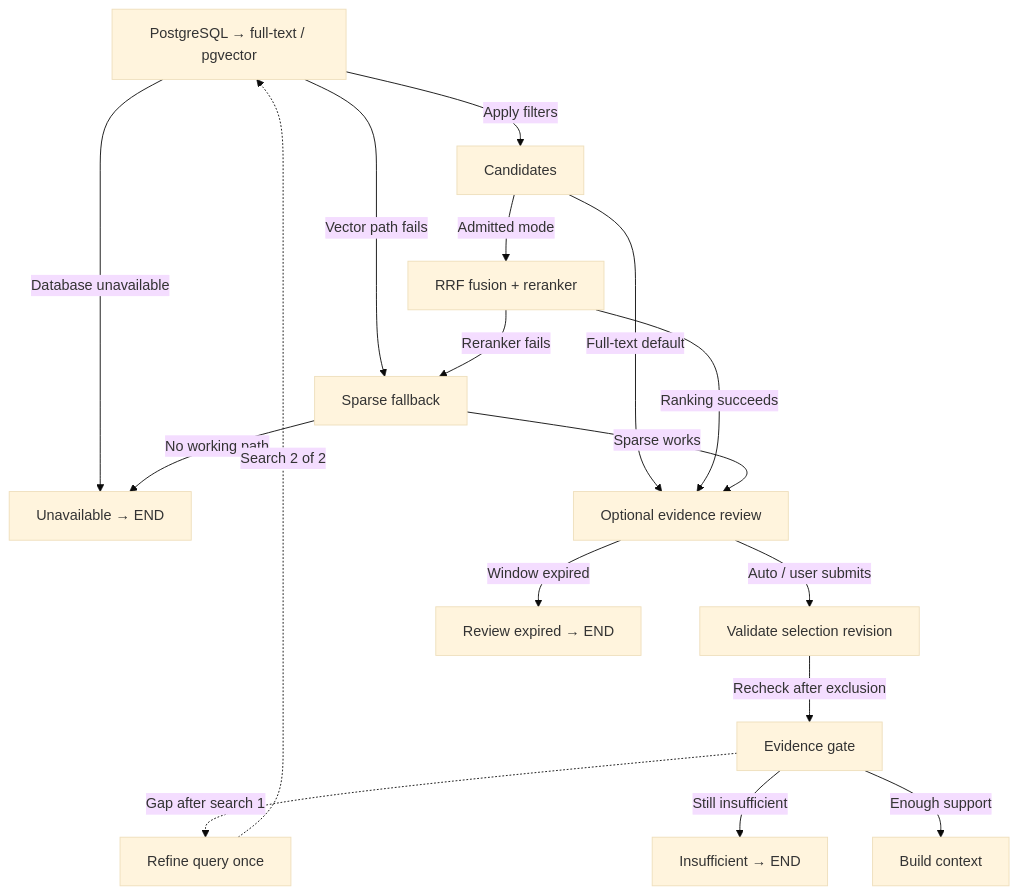
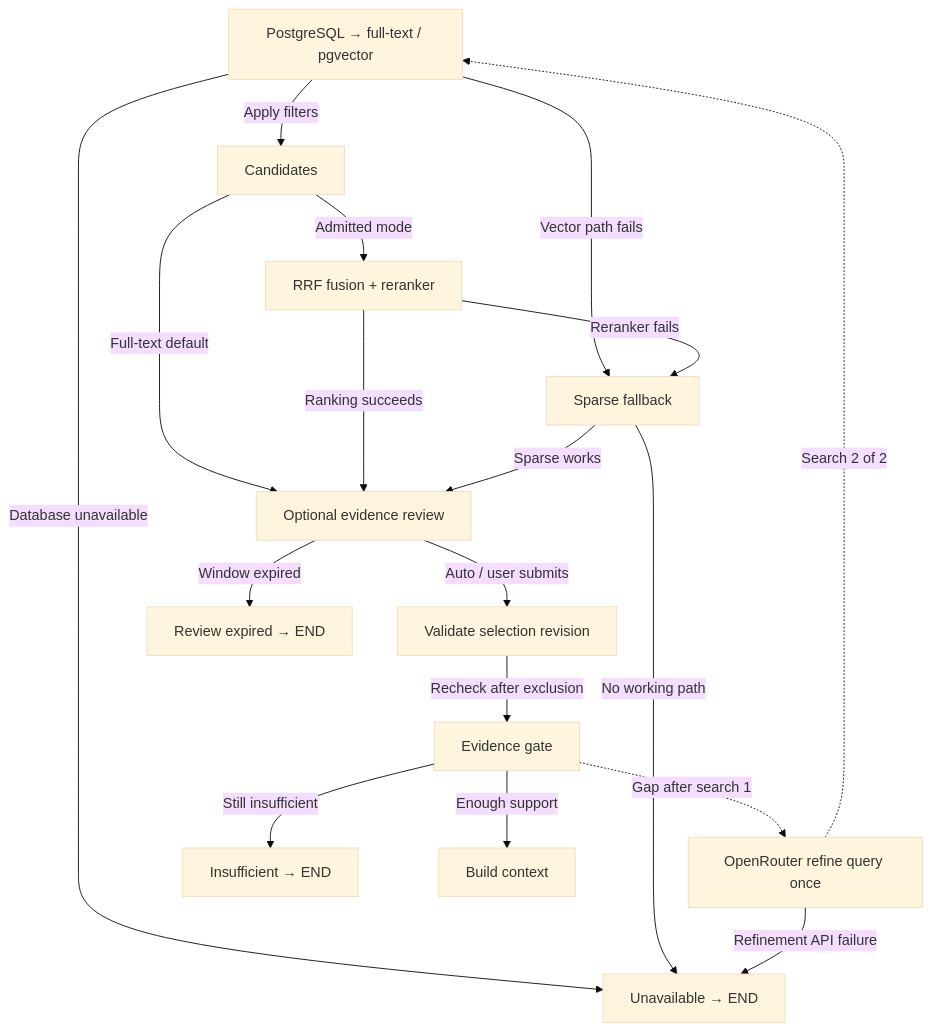
One commit to ByronHo68/ai-learning-academy changed the fourth of 20 diagrams in docs/FINANCE_WORKFLOW_ATLAS.md. Above: the diagram before and after it, drawn with Mermaid (base theme). The commit also changed other lines of this file and 81 other files, not shown here.

Commit message:
Route finance LLM calls through a shared OpenRouter gateway

````diff
--- a/docs/FINANCE_WORKFLOW_ATLAS.md
+++ b/docs/FINANCE_WORKFLOW_ATLAS.md
@@ -514,31 +530,32 @@
 ```mermaid
 flowchart TD
   n0["PostgreSQL → full-text / pgvector"]
   n1["Unavailable → END"]
   n2["Candidates"]
   n3["Optional evidence review"]
   n4["RRF fusion + reranker"]
   n5["Sparse fallback"]
   n6["Validate selection revision"]
   n7["Review expired → END"]
   n8["Evidence gate"]
-  n9["Refine query once"]
+  n9["OpenRouter refine query once"]
   n10["Insufficient → END"]
   n11["Build context"]
   n0 -- "Database unavailable" --> n1
   n0 -- "Apply filters" --> n2
   n2 -- "Full-text default" --> n3
   n2 -- "Admitted mode" --> n4
   n4 -- "Ranking succeeds" --> n3
   n0 -- "Vector path fails" --> n5
   n4 -- "Reranker fails" --> n5
   n5 -- "Sparse works" --> n3
   n3 -- "Auto / user submits" --> n6
   n3 -- "Window expired" --> n7
   n6 -- "Recheck after exclusion" --> n8
   n5 -- "No working path" --> n1
   n8 -. "Gap after search 1" .-> n9
+  n9 -- "Refinement API failure" --> n1
   n9 -. "Search 2 of 2" .-> n0
   n8 -- "Still insufficient" --> n10
   n8 -- "Enough support" --> n11
 ```
````
